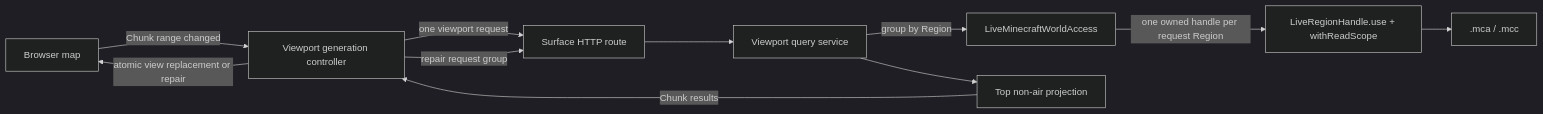
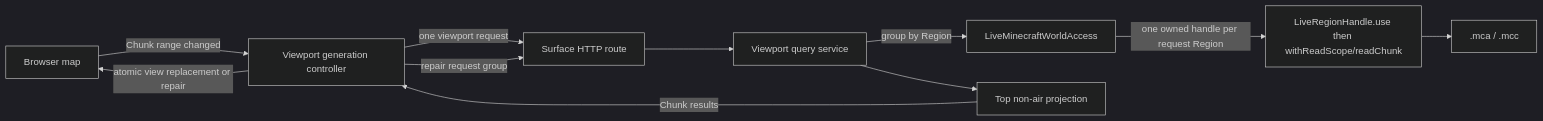
One commit to czp3009/minecraft-protocol changed the diagram in .codex/plans/minecraft-web-map-demo.md. Above: the diagram before and after it, drawn with Mermaid (dark theme). The commit also changed other lines of this file and 13 other files, not shown here.

First line of the commit message:
refactor(world-io): unify `withReadScope` implementations, introduce typed scope distinctions, and enhance header reuse

````diff
--- a/.codex/plans/minecraft-web-map-demo.md
+++ b/.codex/plans/minecraft-web-map-demo.md
@@ -120,13 +120,13 @@
 ```mermaid
 flowchart LR
     Browser[Browser map] -->|Chunk range changed| Controller[Viewport generation controller]
     Controller -->|one viewport request| SurfaceRoute[Surface HTTP route]
     Controller -->|repair request group| SurfaceRoute
     SurfaceRoute --> Query[Viewport query service]
     Query -->|group by Region| LiveAccess[LiveMinecraftWorldAccess]
-    LiveAccess -->|one owned handle per request Region| RegionHandle[LiveRegionHandle.use + withReadScope]
+    LiveAccess -->|one owned handle per request Region| RegionHandle[LiveRegionHandle.use then withReadScope/readChunk]
     RegionHandle --> RegionFiles[.mca / .mcc]
     Query --> Projection[Top non-air projection]
     Projection -->|Chunk results| Controller
     Controller -->|atomic view replacement or repair| Browser
 ```
````
